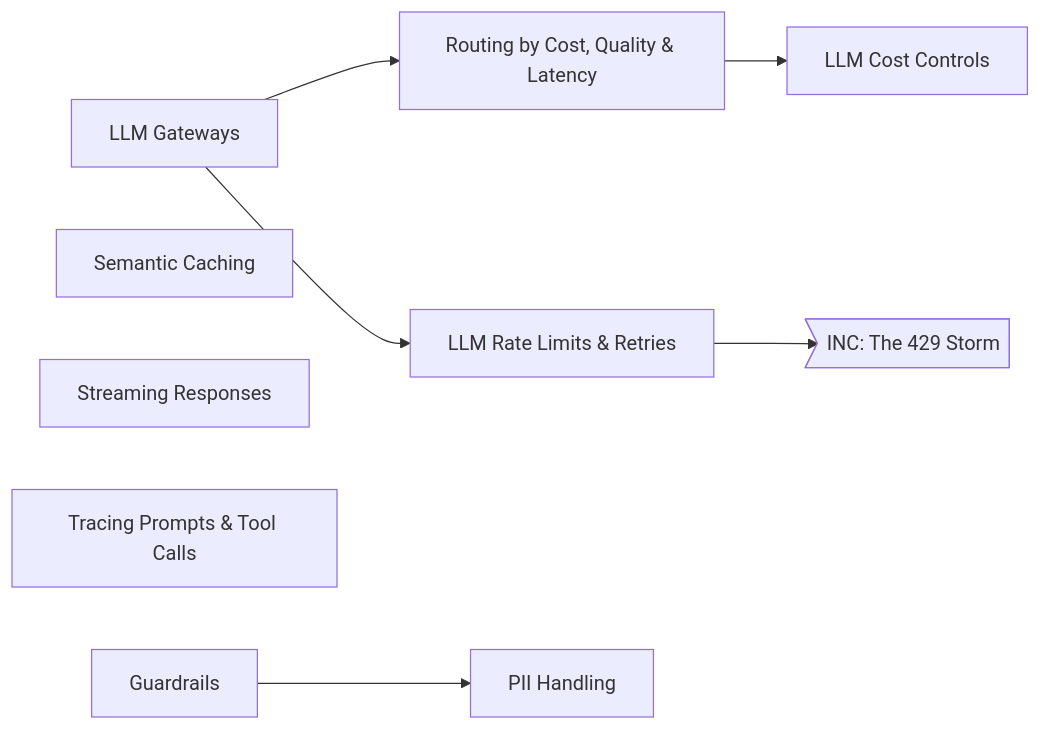
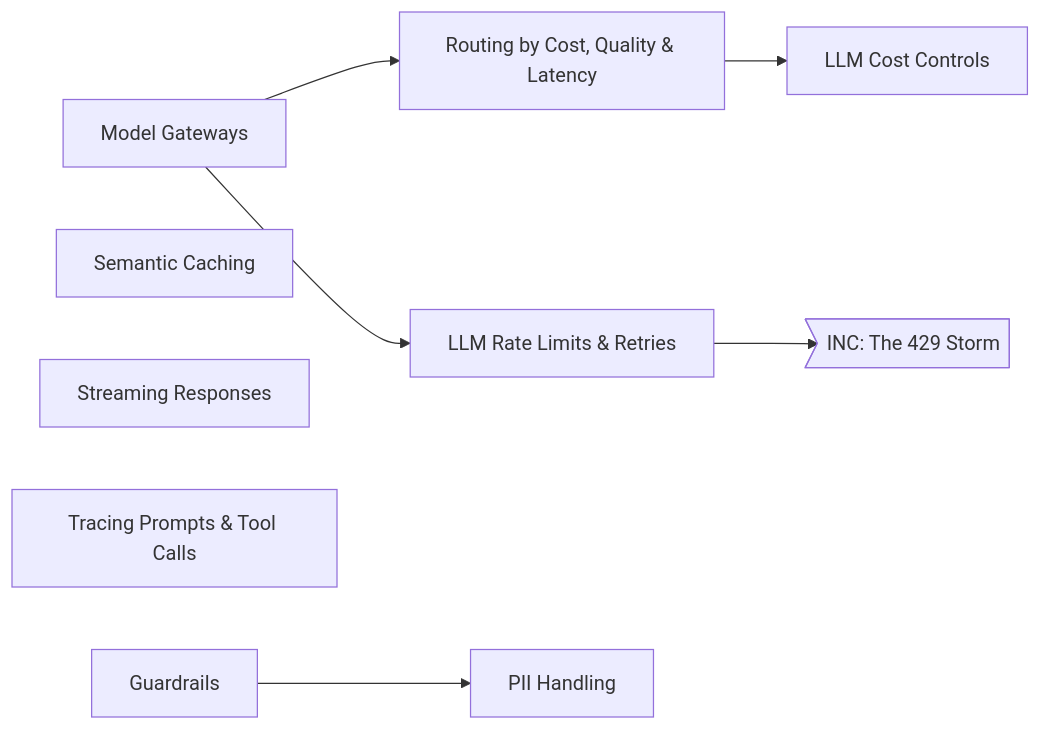
One commit to Bugs0007/NINES changed diagram 22 of 32 in CONTENT_PLAN.md. Above: the diagram before and after it, drawn with Mermaid. The commit also changed other lines of this file and 50 other files, not shown here.

````diff
--- a/CONTENT_PLAN.md
+++ b/CONTENT_PLAN.md
@@ -898,18 +898,18 @@
 ```mermaid
 flowchart LR
-  llm_gateway["LLM Gateways"]
+  llm_gateway["Model Gateways"]
   model_routing["Routing by Cost, Quality & Latency"]
   semantic_caching["Semantic Caching"]
   llm_rate_limits_retries["LLM Rate Limits & Retries"]
   streaming["Streaming Responses"]
   llm_tracing["Tracing Prompts & Tool Calls"]
   guardrails["Guardrails"]
   pii_handling["PII Handling"]
   llm_cost_controls["LLM Cost Controls"]
   inc_429_storm>"INC: The 429 Storm"]
   llm_gateway --> model_routing
   llm_gateway --> llm_rate_limits_retries
   guardrails --> pii_handling
   model_routing --> llm_cost_controls
   llm_rate_limits_retries --> inc_429_storm
 ```
````
